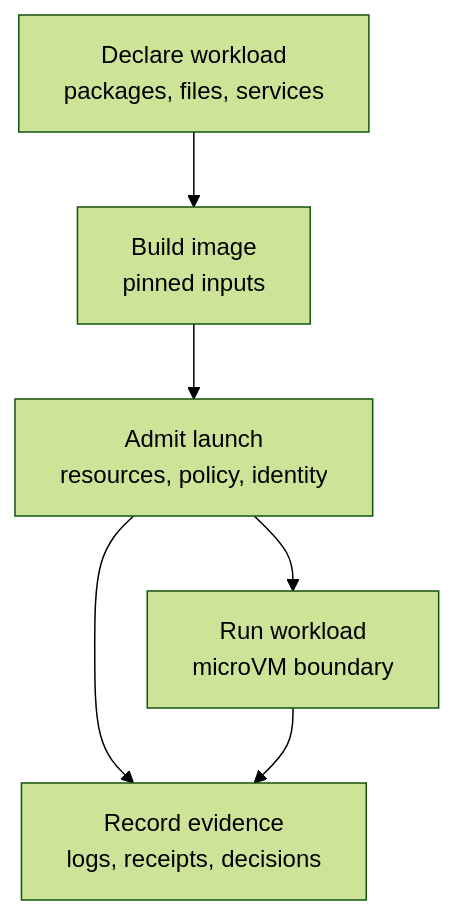
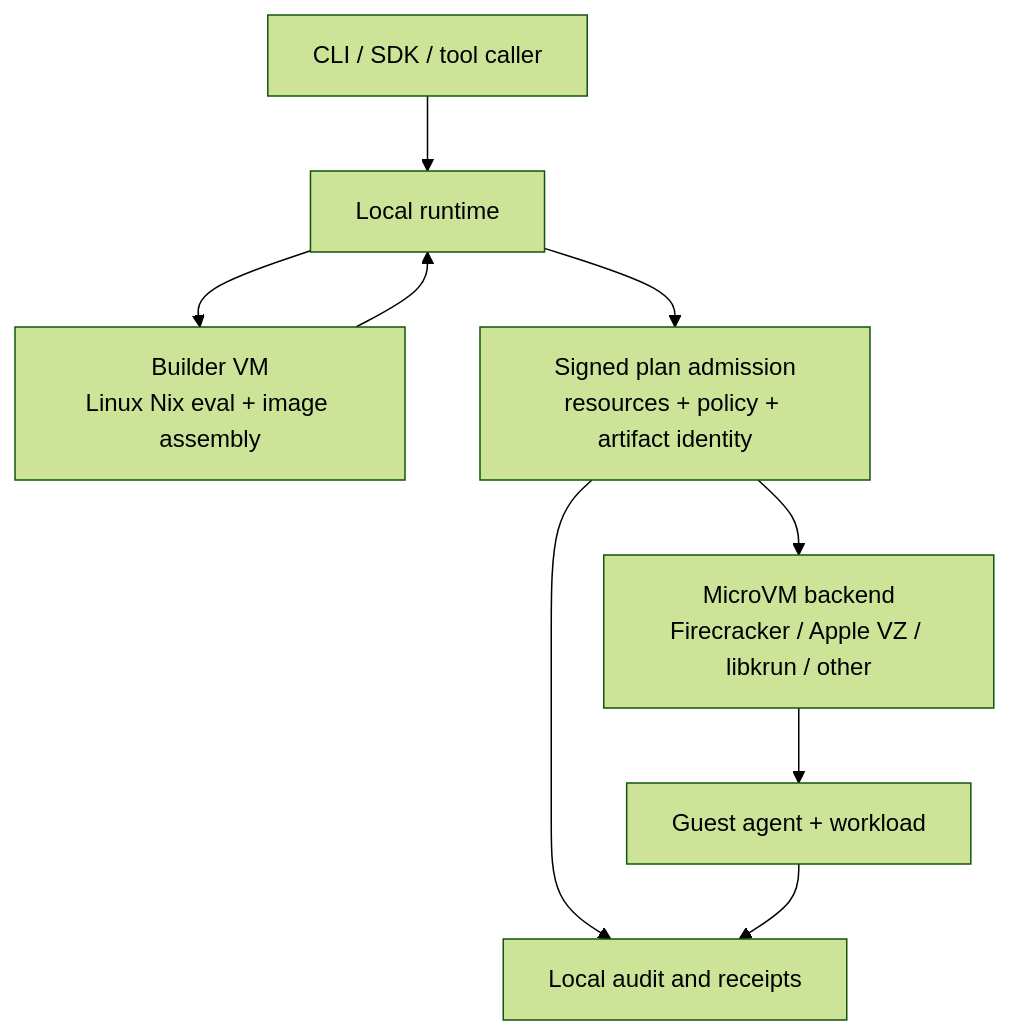
One commit to tinylabscom/mvm changed the third of 3 diagrams in public/src/content/blog/secure-by-design-microvms-and-nix.md. Above: the diagram before and after it, drawn with Mermaid (forest theme). The commit also changed other lines of this file and 2 other files, not shown here.

````diff
--- a/public/src/content/blog/secure-by-design-microvms-and-nix.md
+++ b/public/src/content/blog/secure-by-design-microvms-and-nix.md
@@ -136,14 +118,19 @@
 ```mermaid
 flowchart TB
-  Define["Declare workload\npackages, files, services"]
-  Build["Build image\npinned inputs"]
-  Admit["Admit launch\nresources, policy, identity"]
-  Run["Run workload\nmicroVM boundary"]
-  Record["Record evidence\nlogs, receipts, decisions"]
+  User["CLI / SDK / tool caller"]
+  Runtime["Local runtime"]
+  Builder["Builder VM\nLinux Nix eval + image assembly"]
+  Admission["Signed plan admission\nresources + policy + artifact identity"]
+  Backend["MicroVM backend\nFirecracker / Apple VZ / libkrun / other"]
+  Guest["Guest agent + workload"]
+  Evidence["Local audit and receipts"]
 
-  Define --> Build
-  Build --> Admit
-  Admit --> Run
-  Admit --> Record
-  Run --> Record
+  User --> Runtime
+  Runtime --> Builder
+  Builder --> Runtime
+  Runtime --> Admission
+  Admission --> Backend
+  Backend --> Guest
+  Admission --> Evidence
+  Guest --> Evidence
 ```
````
